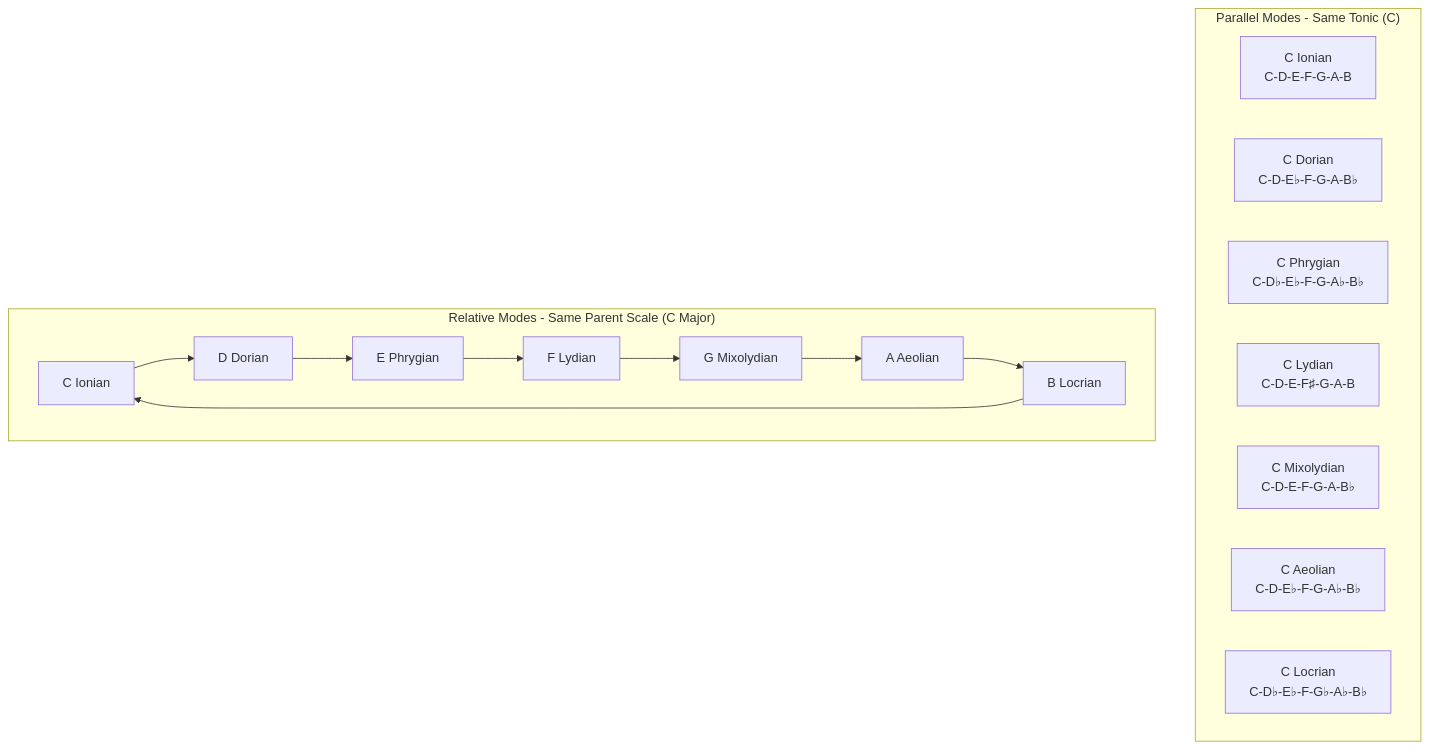
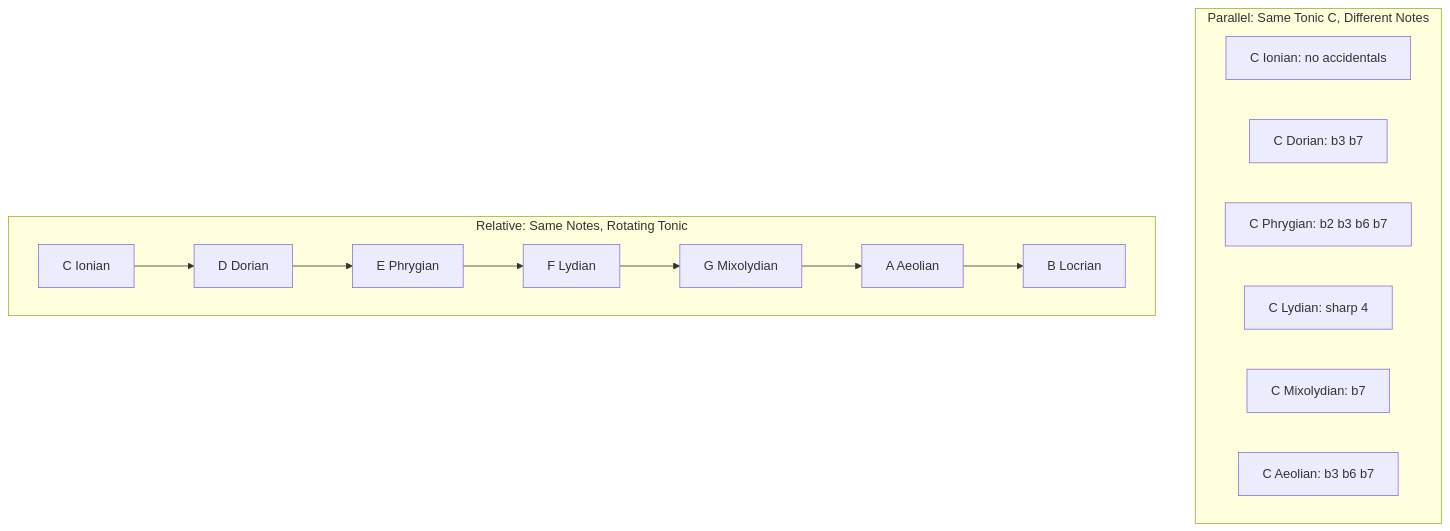
The third of 3 diagrams in topics/arts/composition/music_theory/lesson_02_scales_and_modes.md (blebleblee/synapse), drawn with Mermaid before and after one commit. The commit also changed other lines of this file and 4 other files, not shown here.

````diff
--- a/topics/arts/composition/music_theory/lesson_02_scales_and_modes.md
+++ b/topics/arts/composition/music_theory/lesson_02_scales_and_modes.md
@@ -328,22 +200,19 @@
 ```mermaid
 graph TD
-    subgraph sub_parallel_modes___same_tonic__c ["Parallel Modes - Same Tonic (C)"]
-        CI["C Ionian<br/>C-D-E-F-G-A-B"] 
-        CD["C Dorian<br/>C-D-E♭-F-G-A-B♭"]
-        CP["C Phrygian<br/>C-D♭-E♭-F-G-A♭-B♭"]
-        CL["C Lydian<br/>C-D-E-F♯-G-A-B"]
-        CM["C Mixolydian<br/>C-D-E-F-G-A-B♭"]
-        CA["C Aeolian<br/>C-D-E♭-F-G-A♭-B♭"]
-        CL2["C Locrian<br/>C-D♭-E♭-F-G♭-A♭-B♭"]
+    subgraph sub_parallel_modes_c_root ["Parallel: Same Tonic C, Different Notes"]
+        CI["C Ionian: no accidentals"]
+        CD["C Dorian: b3 b7"]
+        CP["C Phrygian: b2 b3 b6 b7"]
+        CL["C Lydian: sharp 4"]
+        CM["C Mixolydian: b7"]
+        CA["C Aeolian: b3 b6 b7"]
     end
-    
-    subgraph sub_relative_modes___same_parent_sca ["Relative Modes - Same Parent Scale (C Major)"]
-        CI2["C Ionian"] --> D["D Dorian"]
-        D --> E["E Phrygian"]
-        E --> F["F Lydian"]
-        F --> G["G Mixolydian"]
-        G --> A["A Aeolian"]
-        A --> B["B Locrian"]
-        B --> CI2
+    subgraph sub_relative_modes_c_major ["Relative: Same Notes, Rotating Tonic"]
+        R_CI["C Ionian"] --> R_D["D Dorian"]
+        R_D --> R_E["E Phrygian"]
+        R_E --> R_F["F Lydian"]
+        R_F --> R_G["G Mixolydian"]
+        R_G --> R_A["A Aeolian"]
+        R_A --> R_B["B Locrian"]
     end
 ```
````
